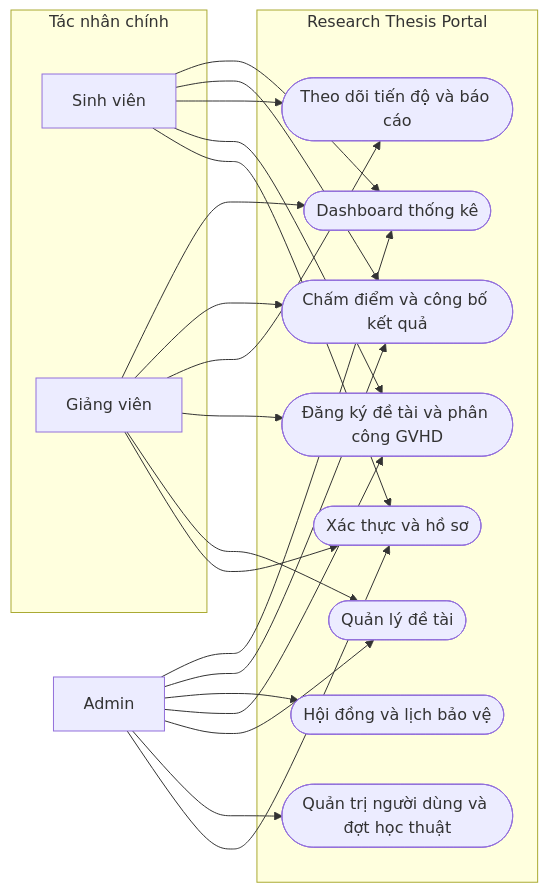
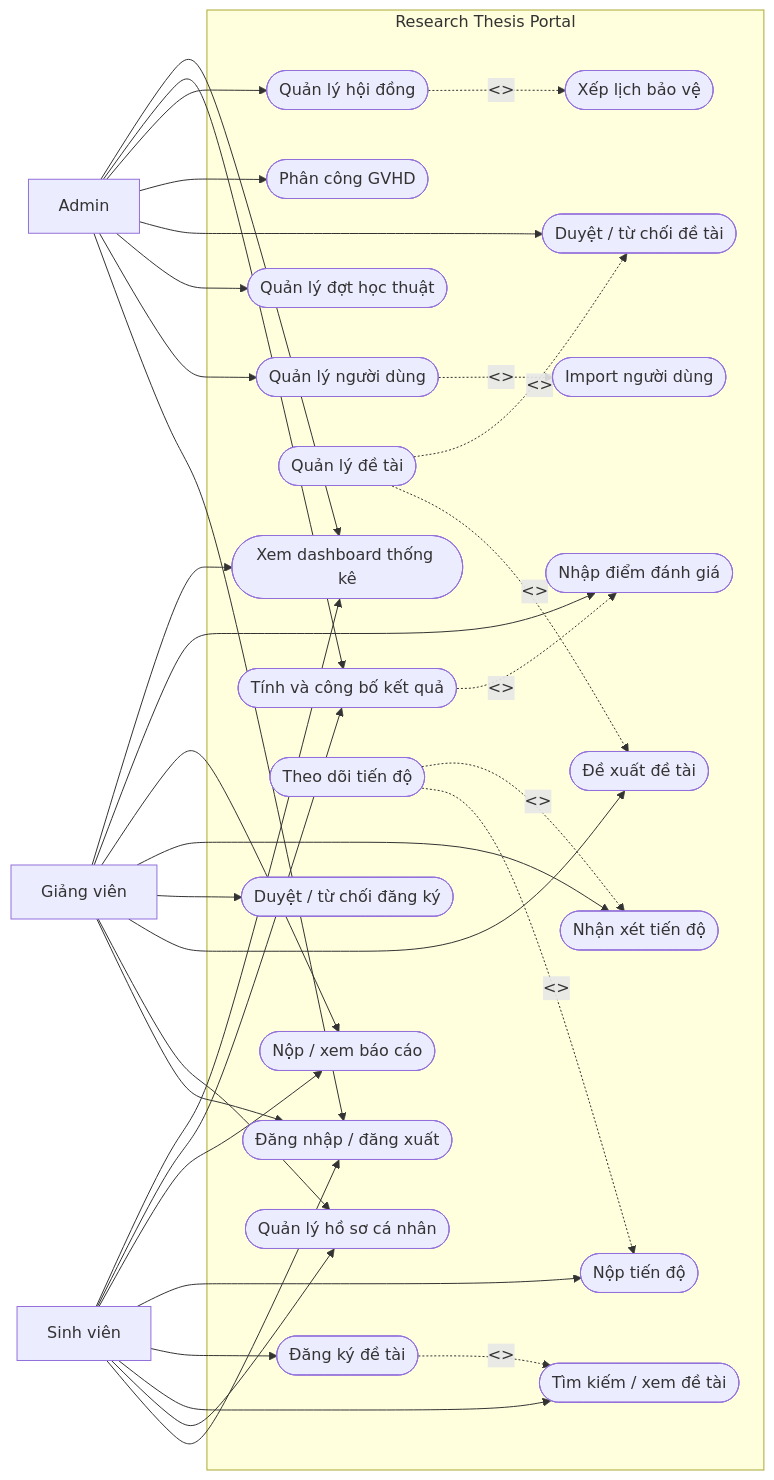
One commit to VanTruong475/research-thesis-portal changed the first of 13 diagrams in docs/diagrams_research_thesis_portal.md. Above: the diagram before and after it, drawn with Mermaid.

Commit message:
docs(diagrams): update thesis portal use case diagram

````diff
--- a/docs/diagrams_research_thesis_portal.md
+++ b/docs/diagrams_research_thesis_portal.md
@@ -11,41 +11,72 @@
 ```mermaid
 flowchart LR
-    subgraph ActorsLeft["Tác nhân chính"]
-        Student["Sinh viên"]
-        Lecturer["Giảng viên"]
+    Admin["Admin"]
+    Lecturer["Giảng viên"]
+
+    subgraph System["Research Thesis Portal"]
+        Auth(["Đăng nhập / đăng xuất"])
+        Profile(["Quản lý hồ sơ cá nhân"])
+
+        ManageUsers(["Quản lý người dùng"])
+        ImportUsers(["Import người dùng"])
+        ManagePeriods(["Quản lý đợt học thuật"])
+        Dashboard(["Xem dashboard thống kê"])
+
+        ManageTopics(["Quản lý đề tài"])
+        ProposeTopic(["Đề xuất đề tài"])
+        ReviewTopic(["Duyệt / từ chối đề tài"])
+        SearchTopic(["Tìm kiếm / xem đề tài"])
+
+        RegisterTopic(["Đăng ký đề tài"])
+        ReviewRegistration(["Duyệt / từ chối đăng ký"])
+        AssignSupervisor(["Phân công GVHD"])
+
+        TrackProgress(["Theo dõi tiến độ"])
+        SubmitProgress(["Nộp tiến độ"])
+        CommentProgress(["Nhận xét tiến độ"])
+        ManageReport(["Nộp / xem báo cáo"])
+
+        ManageCouncil(["Quản lý hội đồng"])
+        ScheduleDefense(["Xếp lịch bảo vệ"])
+        InputScore(["Nhập điểm đánh giá"])
+        PublishResult(["Tính và công bố kết quả"])
     end
 
-    subgraph System["Research Thesis Portal"]
-        UC_Auth(["Xác thực và hồ sơ"])
-        UC_AdminBase(["Quản trị người dùng và đợt học thuật"])
-        UC_Topic(["Quản lý đề tài"])
-        UC_Registration(["Đăng ký đề tài và phân công GVHD"])
-        UC_ProgressReport(["Theo dõi tiến độ và báo cáo"])
-        UC_Council(["Hội đồng và lịch bảo vệ"])
-        UC_Result(["Chấm điểm và công bố kết quả"])
-        UC_Dashboard(["Dashboard thống kê"])
-    end
+    Student["Sinh viên"]
 
-    Admin["Admin"]
+    Admin --> Auth
+    Admin --> ManageUsers
+    Admin --> ManagePeriods
+    Admin --> ReviewTopic
+    Admin --> AssignSupervisor
+    Admin --> ManageCouncil
+    Admin --> PublishResult
+    Admin --> Dashboard
 
-    Student --> UC_Auth
-    Student --> UC_Registration
-    Student --> UC_ProgressReport
-    Student --> UC_Result
-    Student --> UC_Dashboard
+    Lecturer --> Auth
+    Lecturer --> Profile
+    Lecturer --> ProposeTopic
+    Lecturer --> ReviewRegistration
+    Lecturer --> CommentProgress
+    Lecturer --> ManageReport
+    Lecturer --> InputScore
+    Lecturer --> Dashboard
 
-    Lecturer --> UC_Auth
-    Lecturer --> UC_Topic
-    Lecturer --> UC_Registration
-    Lecturer --> UC_ProgressReport
-    Lecturer --> UC_Result
-    Lecturer --> UC_Dashboard
+    Student --> Auth
+    Student --> Profile
+    Student --> SearchTopic
+    Student --> RegisterTopic
+    Student --> SubmitProgress
+    Student --> ManageReport
+    Student --> PublishResult
+    Student --> Dashboard
 
-    Admin --> UC_Auth
-    Admin --> UC_AdminBase
-    Admin --> UC_Topic
-    Admin --> UC_Registration
-    Admin --> UC_Council
-    Admin --> UC_Result
-    Admin --> UC_Dashboard
+    ManageUsers -. "<<extend>>" .-> ImportUsers
+    ManageTopics -. "<<extend>>" .-> ProposeTopic
+    ManageTopics -. "<<extend>>" .-> ReviewTopic
+    RegisterTopic -. "<<extend>>" .-> SearchTopic
+    TrackProgress -. "<<extend>>" .-> SubmitProgress
+    TrackProgress -. "<<extend>>" .-> CommentProgress
+    ManageCouncil -. "<<extend>>" .-> ScheduleDefense
+    PublishResult -. "<<extend>>" .-> InputScore
 ```
````
